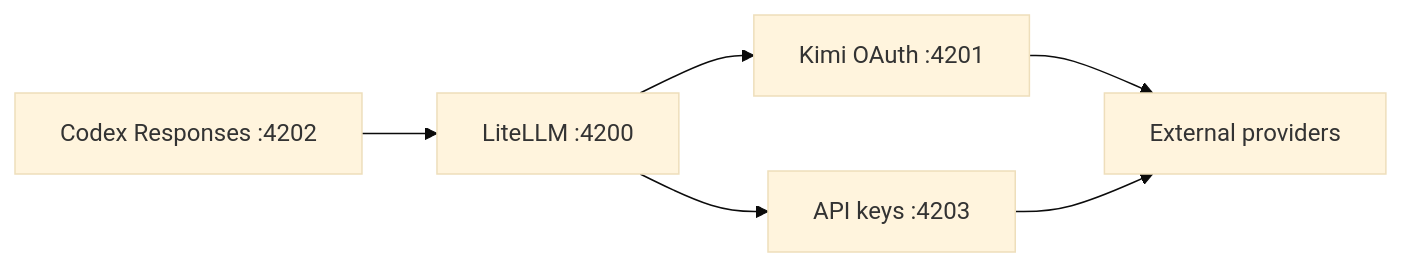
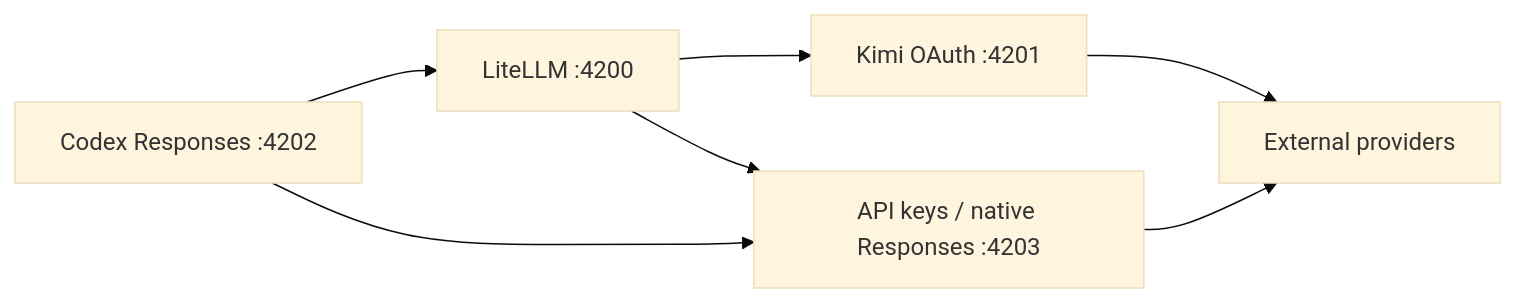
The diagram in README.md (RadicalCrowd/zodex-router), drawn with Mermaid (base theme) before and after one commit. The commit also changed other lines of this file and 10 other files, not shown here.

Commit message:
feat: route OmniRoute through native Responses

````diff
--- a/README.md
+++ b/README.md
@@ -1326,8 +1326,9 @@
 ```mermaid
 flowchart LR
   C["Codex Responses :4202"] --> L1["LiteLLM :4200"]
+  C --> A1["API keys / native Responses :4203"]
   L1 --> K1["Kimi OAuth :4201"]
-  L1 --> A1["API keys :4203"]
+  L1 --> A1
   K1 --> P["External providers"]
   A1 --> P
 ```
````
